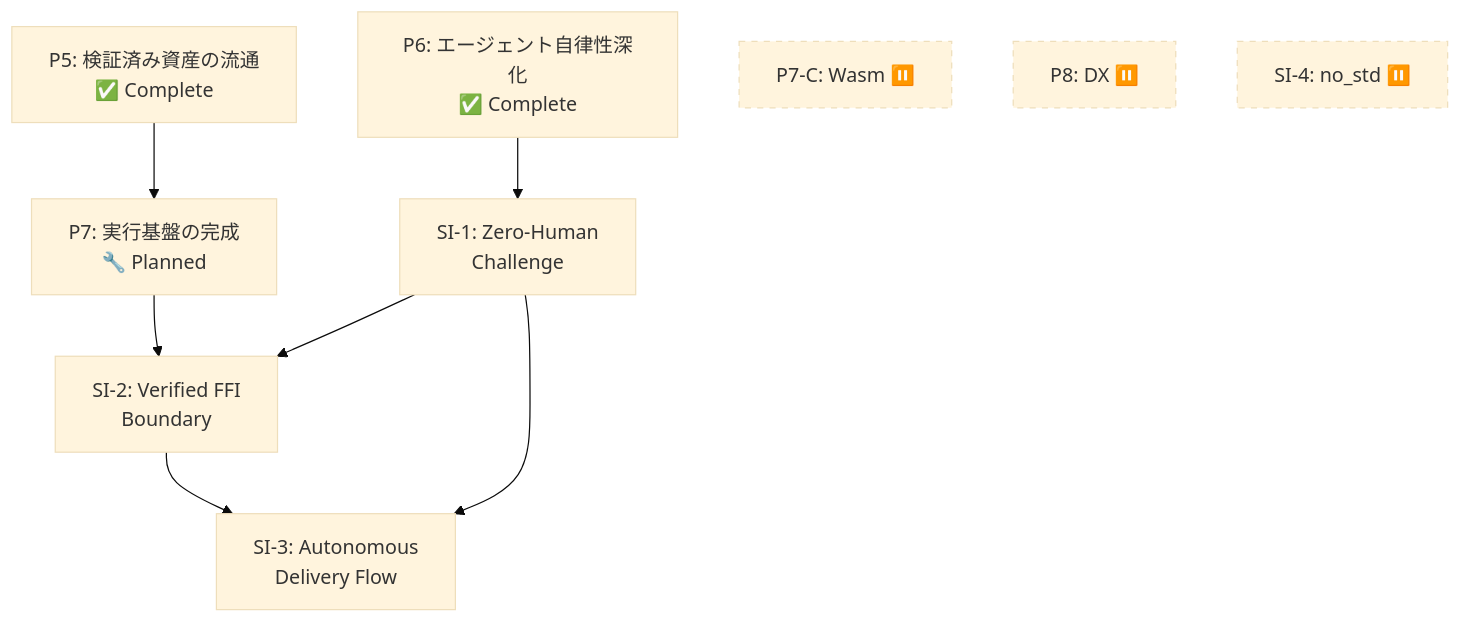
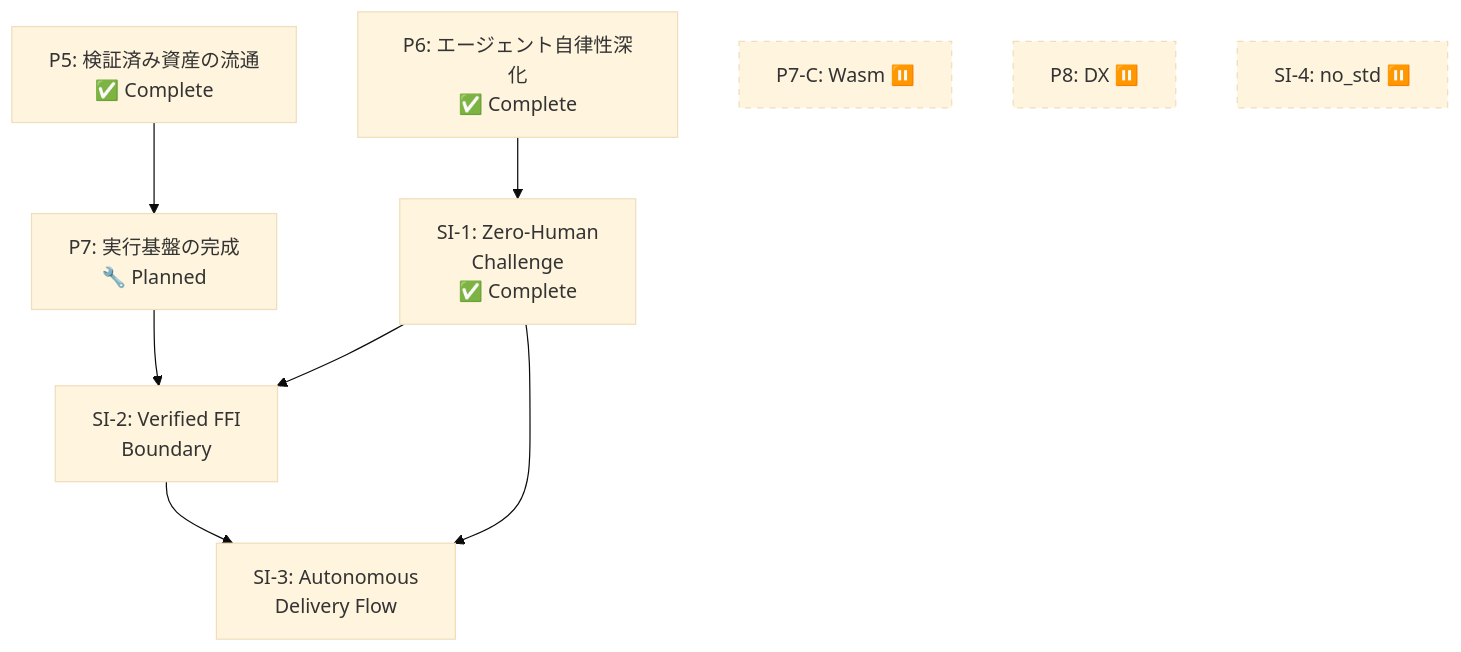
Before and after one commit to mumei-lang/mumei: the second of 2 diagrams in docs/CROSS_PROJECT_ROADMAP.md, drawn with Mermaid (base theme). The commit also changed other lines of this file and 1 other file, not shown here.

First line of the commit message:
docs(SI-1): add Zero-Human Challenge documentation and update CROSS_PROJECT_ROADMAP

````diff
--- a/docs/CROSS_PROJECT_ROADMAP.md
+++ b/docs/CROSS_PROJECT_ROADMAP.md
@@ -464,15 +464,15 @@
 ```mermaid
 graph TD
     P5["P5: 検証済み資産の流通\n✅ Complete"] --> P7["P7: 実行基盤の完成\n🔧 Planned"]
-    P6["P6: エージェント自律性深化\n✅ Complete"] --> SI1["SI-1: Zero-Human\nChallenge"]
+    P6["P6: エージェント自律性深化\n✅ Complete"] --> SI1["SI-1: Zero-Human\nChallenge\n✅ Complete"]
     SI1 --> SI2["SI-2: Verified FFI\nBoundary"]
     P7 --> SI2
     SI2 --> SI3["SI-3: Autonomous\nDelivery Flow"]
     SI1 --> SI3
     P7C["P7-C: Wasm ⏸️"]
     P8["P8: DX ⏸️"]
     SI4["SI-4: no_std ⏸️"]
     style P7C stroke-dasharray: 5 5
     style P8 stroke-dasharray: 5 5
     style SI4 stroke-dasharray: 5 5
 ```
````
